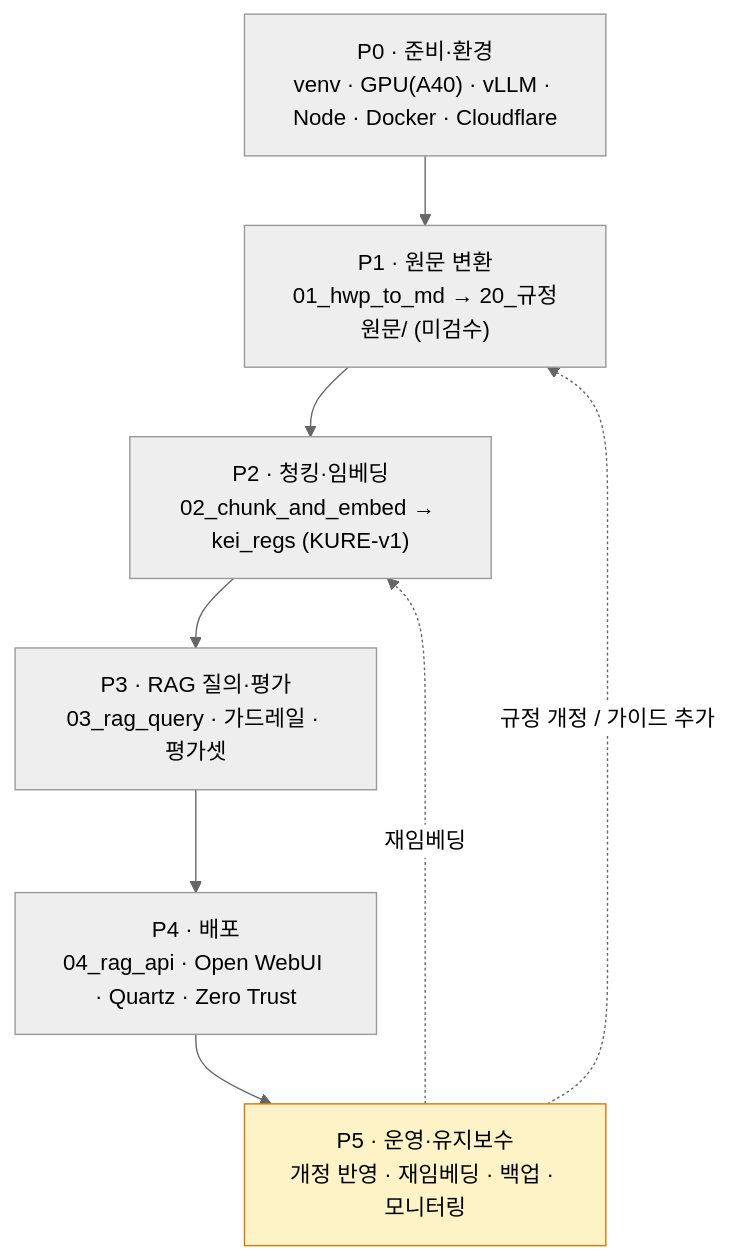
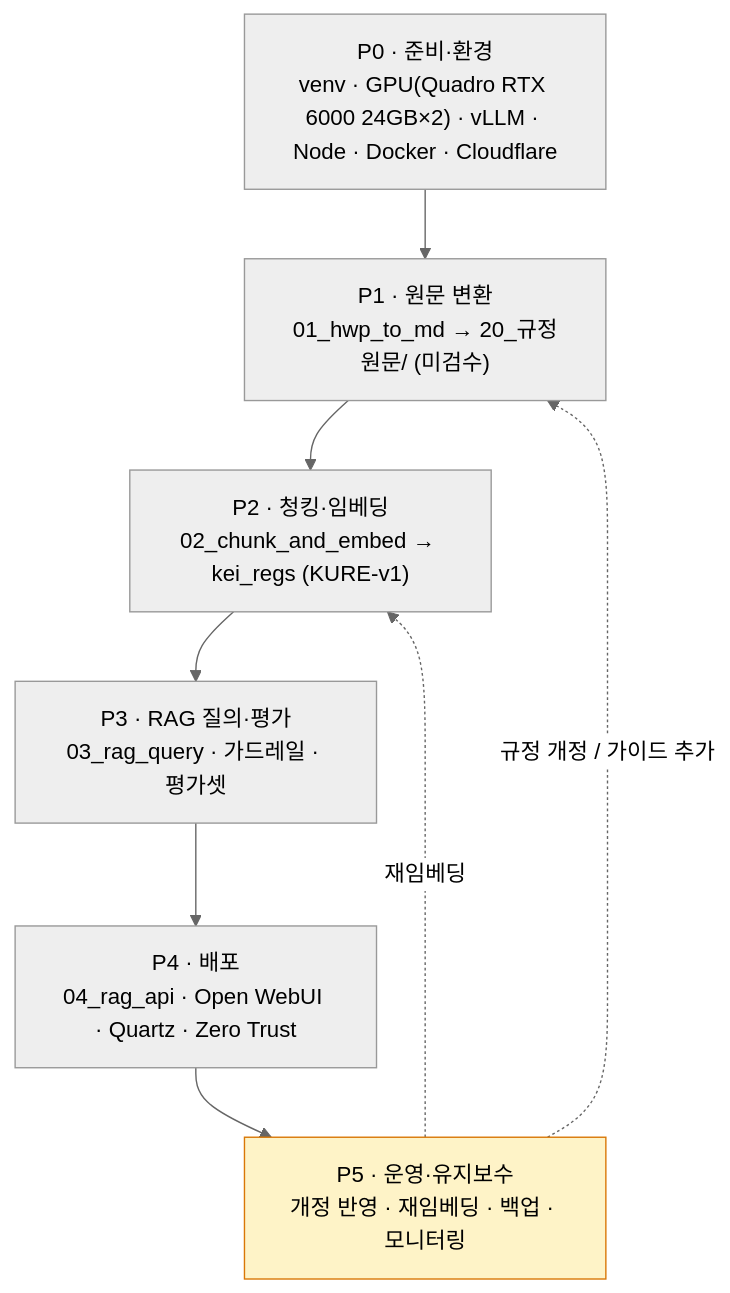
Before and after one commit to mooner92/KEIAdminSuperv: the first of 4 diagrams in WORKPLAN.md, drawn with Mermaid (neutral theme). The commit also changed other lines of this file and 13 other files, not shown here.

First line of the commit message:
docs: GPU 표기 정정 A40 → Quadro RTX 6000 (실제 하드웨어)

````diff
--- a/WORKPLAN.md
+++ b/WORKPLAN.md
@@ -46,16 +46,16 @@
 ```mermaid
 flowchart TD
-    P0["P0 · 준비·환경<br/>venv · GPU(A40) · vLLM · Node · Docker · Cloudflare"]
+    P0["P0 · 준비·환경<br/>venv · GPU(Quadro RTX 6000 24GB×2) · vLLM · Node · Docker · Cloudflare"]
     P1["P1 · 원문 변환<br/>01_hwp_to_md → 20_규정원문/ (미검수)"]
     P2["P2 · 청킹·임베딩<br/>02_chunk_and_embed → kei_regs (KURE-v1)"]
     P3["P3 · RAG 질의·평가<br/>03_rag_query · 가드레일 · 평가셋"]
     P4["P4 · 배포<br/>04_rag_api · Open WebUI · Quartz · Zero Trust"]
     P5["P5 · 운영·유지보수<br/>개정 반영 · 재임베딩 · 백업 · 모니터링"]
 
     P0 --> P1 --> P2 --> P3 --> P4 --> P5
     P5 -. "규정 개정 / 가이드 추가" .-> P1
     P5 -. "재임베딩" .-> P2
 
     classDef loop fill:#fef3c7,stroke:#d97706;
     class P5 loop;
 ```
````
